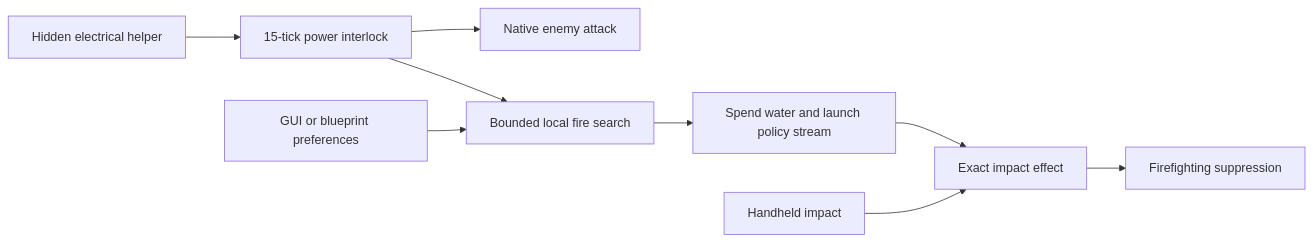
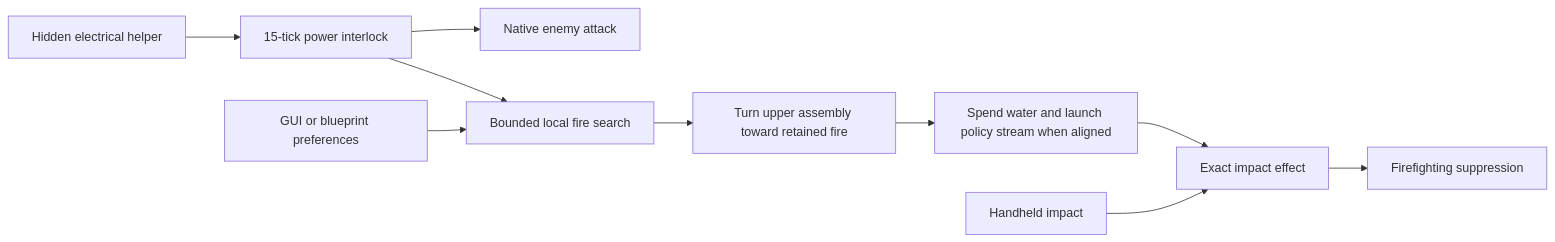
The diagram in .codex/esir/blueprints/firefighting-and-water-turret.md (aRighteousGod/exotic-space-industries-remembrance), drawn with Mermaid before and after one commit. The commit also changed other lines of this file and 31 other files, not shown here.

First line of the commit message:
1.3.40 smooth A. S. H. Sentry aiming and move art to Graphics 6

````diff
--- a/.codex/esir/blueprints/firefighting-and-water-turret.md
+++ b/.codex/esir/blueprints/firefighting-and-water-turret.md
@@ -21,11 +21,12 @@
 ```mermaid
 flowchart LR
   Power[Hidden electrical helper] --> Guard[15-tick power interlock]
   Guard --> Native[Native enemy attack]
   Guard --> Search[Bounded local fire search]
   Mode[GUI or blueprint preferences] --> Search
-  Search --> Pulse[Spend water and launch policy stream]
+  Search --> Aim[Turn upper assembly toward retained fire]
+  Aim --> Pulse[Spend water and launch policy stream when aligned]
   Pulse --> Impact[Exact impact effect]
   Handheld[Handheld impact] --> Impact
   Impact --> Suppress[Firefighting suppression]
 ```
````
